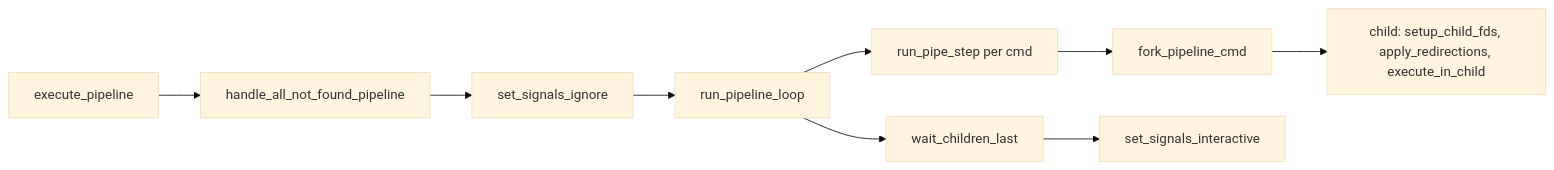
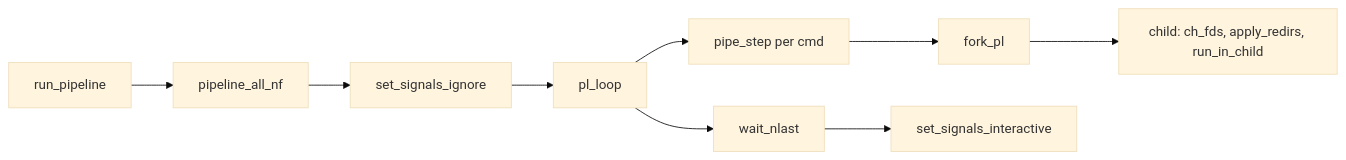
One commit to gkhavari/minishell changed diagram 13 of 14 in docs/MINISHELL_ARCHITECTURE.md. Above: the diagram before and after it, drawn with Mermaid (base theme). The commit also changed other lines of this file and 22 other files, not shown here.

````diff
--- a/docs/MINISHELL_ARCHITECTURE.md
+++ b/docs/MINISHELL_ARCHITECTURE.md
@@ -869,11 +866,11 @@
 ```mermaid
 flowchart LR
-    EP[execute_pipeline] --> NF[handle_all_not_found_pipeline]
+    EP[run_pipeline] --> NF[pipeline_all_nf]
     NF --> IGN[set_signals_ignore]
-    IGN --> LOOP[run_pipeline_loop]
-    LOOP --> RPS[run_pipe_step per cmd]
-    RPS --> FORK[fork_pipeline_cmd]
-    FORK --> CHILD[child: setup_child_fds, apply_redirections, execute_in_child]
-    LOOP --> WAIT[wait_children_last]
+    IGN --> LOOP[pl_loop]
+    LOOP --> RPS[pipe_step per cmd]
+    RPS --> FORK[fork_pl]
+    FORK --> CHILD[child: ch_fds, apply_redirs, run_in_child]
+    LOOP --> WAIT[wait_nlast]
     WAIT --> INT[set_signals_interactive]
 ```
````
